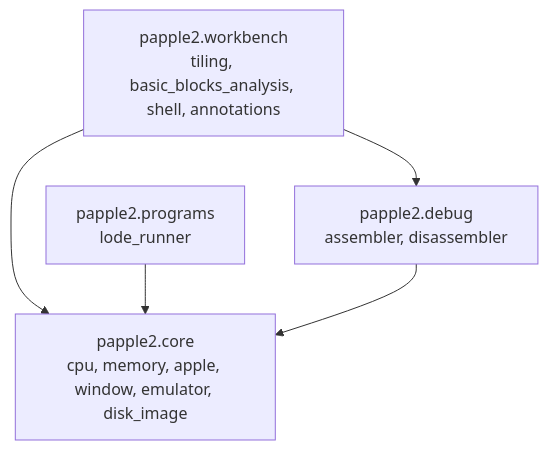
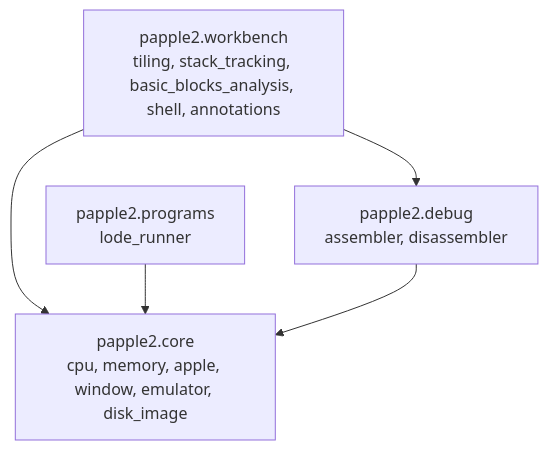
One commit to fschuhi/papple2 changed the first of 4 diagrams in README.md. Above: the diagram before and after it, drawn with Mermaid. The commit also changed other lines of this file and 4 other files, not shown here.

Commit message:
Session docs 2026-10-04: show_callers, StackTracking, orientation before analysis

````diff
--- a/README.md
+++ b/README.md
@@ -77,12 +77,12 @@
 ```mermaid
 graph TD
-    WORKBENCH["papple2.workbench<br/>tiling, basic_blocks_analysis, shell, annotations"]
+    WORKBENCH["papple2.workbench<br/>tiling, stack_tracking, basic_blocks_analysis, shell, annotations"]
     PROGRAMS["papple2.programs<br/>lode_runner"]
     DEBUG["papple2.debug<br/>assembler, disassembler"]
     CORE["papple2.core<br/>cpu, memory, apple, window, emulator, disk_image"]
 
     WORKBENCH --> CORE
     WORKBENCH --> DEBUG
     PROGRAMS --> CORE
     DEBUG --> CORE
 ```
````
